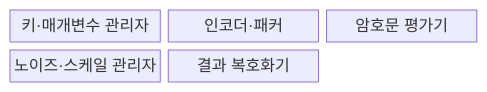
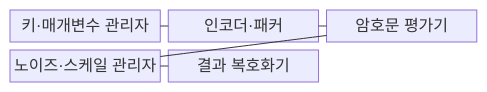
One commit to agnusdei1207/knowledge-base changed the first of 2 diagrams in src/content/docs/notes/08-latest-tech/114_homomorphic_encryption.md. Above: the diagram before and after it, drawn with Mermaid. The commit also changed other lines of this file and 228 other files, not shown here.

````diff
--- a/src/content/docs/notes/08-latest-tech/114_homomorphic_encryption.md
+++ b/src/content/docs/notes/08-latest-tech/114_homomorphic_encryption.md
@@ -54,9 +54,13 @@
 ```mermaid
 block-beta
     columns 3
     K["키·매개변수 관리자"]
     E["인코더·패커"]
     C["암호문 평가기"]
     N["노이즈·스케일 관리자"]
     D["결과 복호화기"]
+    K --- E
+    E --- C
+    C --- N
+    N --- D
 ```
````
